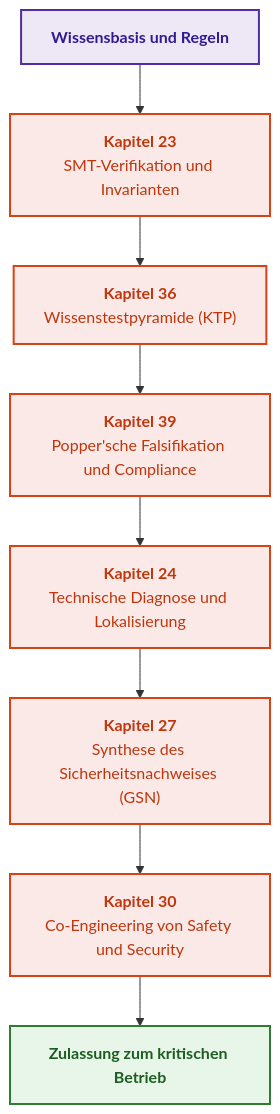
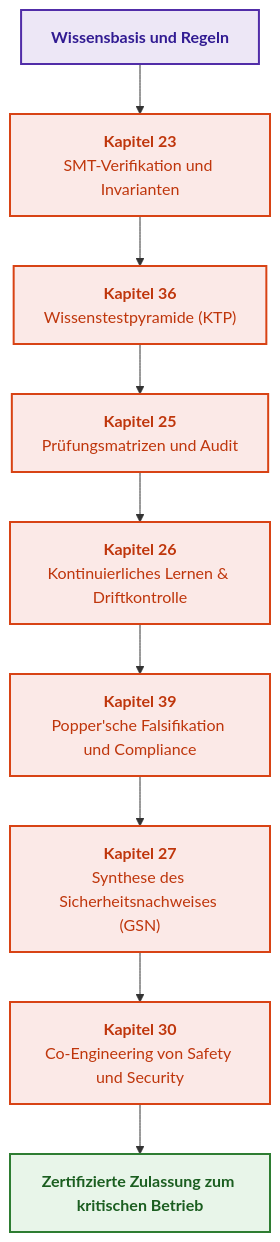
Before and after one commit to nick-fedchik/articles: the diagram in ExpertSystem/translations/de/part-05-verification-and-learning.md, drawn with Mermaid. The commit also changed other lines of this file and 174 other files, not shown here.

````diff
--- a/ExpertSystem/translations/de/part-05-verification-and-learning.md
+++ b/ExpertSystem/translations/de/part-05-verification-and-learning.md
@@ -19,21 +19,22 @@
 ```mermaid
 flowchart TD
-    accTitle: Pipeline für Verifikation, Validierung und Sicherheitsnachweis (V&V)
-    accDescr: Von der formalen Verifikation und der Testpyramide über das Popper'sche Audit bis hin zur Diagnose und Sicherheitsbegründung.
+    accTitle: Pipeline für Verifikation, Lernen und Sicherheitsnachweis (V&V)
+    accDescr: Von der formalen Verifikation und der Testpyramide über Prüfungsmatrizen, kontinuierliches Lernen und das Popper'sche Audit bis zur Sicherheitsbegründung.
 
     KB["<b>Wissensbasis und Regeln</b>"] --> VER["<b>Kapitel 23</b><br/>SMT-Verifikation und Invarianten"]
     VER --> TEST["<b>Kapitel 36</b><br/>Wissenstestpyramide (KTP)"]
-    TEST --> POPP["<b>Kapitel 39</b><br/>Popper'sche Falsifikation und Compliance"]
-    POPP --> DIAG["<b>Kapitel 24</b><br/>Technische Diagnose und Lokalisierung"]
-    DIAG --> GSN["<b>Kapitel 27</b><br/>Synthese des Sicherheitsnachweises (GSN)"]
+    TEST --> EXAM["<b>Kapitel 25</b><br/>Prüfungsmatrizen und Audit"]
+    EXAM --> CL["<b>Kapitel 26</b><br/>Kontinuierliches Lernen & Driftkontrolle"]
+    CL --> POPP["<b>Kapitel 39</b><br/>Popper'sche Falsifikation und Compliance"]
+    POPP --> GSN["<b>Kapitel 27</b><br/>Synthese des Sicherheitsnachweises (GSN)"]
     GSN --> COENG["<b>Kapitel 30</b><br/>Co-Engineering von Safety und Security"]
-    COENG --> ACC["<b>Zulassung zum kritischen Betrieb</b>"]
+    COENG --> ACC["<b>Zertifizierte Zulassung zum kritischen Betrieb</b>"]
 
     classDef proc fill:#fbe9e7,stroke:#d84315,stroke-width:2px,color:#bf360c;
     classDef base fill:#ede7f6,stroke:#512da8,stroke-width:2px,color:#311b92;
     classDef out fill:#e8f5e9,stroke:#2e7d32,stroke-width:2px,color:#1b5e20;
 
     class KB base;
-    class VER,TEST,POPP,DIAG,GSN,COENG proc;
+    class VER,TEST,EXAM,CL,POPP,GSN,COENG proc;
     class ACC out;
 ```
````
